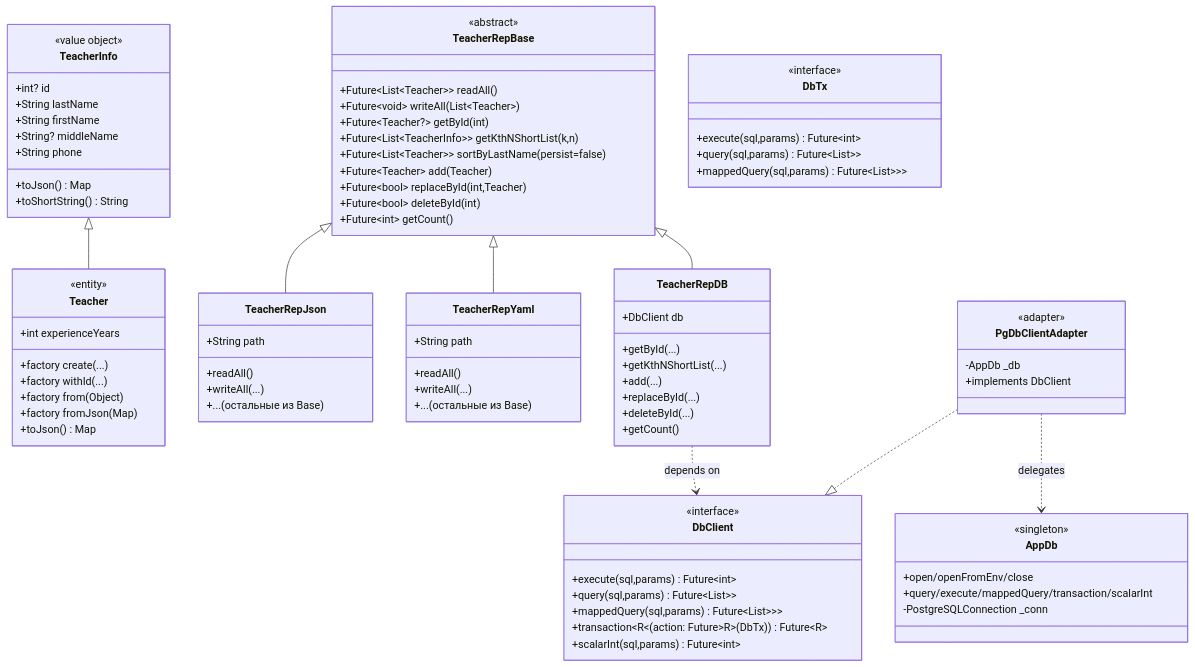
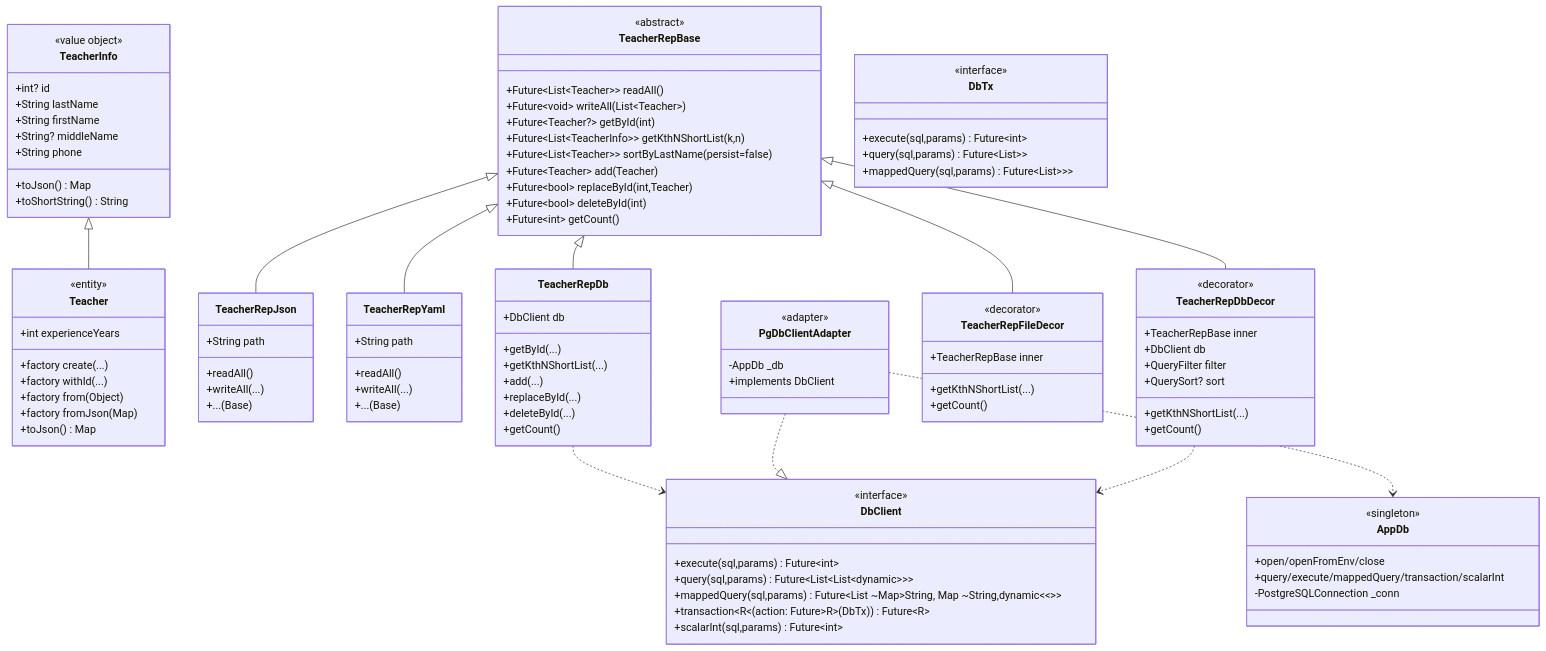
The second of 2 diagrams in docs/class-diagram-2lab.md (ZetMGC/information-systems-design), drawn with Mermaid before and after one commit. The commit also changed 225 other files, not shown here.

````diff
--- a/docs/class-diagram-2lab.md
+++ b/docs/class-diagram-2lab.md
@@ -106,14 +106,14 @@
     +String path
     +readAll()
     +writeAll(...)
-    +... (остальные из Base)
+    +... (Base)
   }
 
   class TeacherRepYaml {
     +String path
     +readAll()
     +writeAll(...)
-    +... (остальные из Base)
+    +... (Base)
   }
 
   TeacherRepBase <|-- TeacherRepJson
@@ -130,8 +130,8 @@
   class DbClient {
     <<interface>>
     +execute(sql,params) Future~int~
-    +query(sql,params) Future~List<List<dynamic>>~
-    +mappedQuery(sql,params) Future~List<Map<String,Map<String,dynamic>>>~
+    +query(sql,params) Future~List~List~dynamic~~~
+    +mappedQuery(sql,params) Future~List ~Map~String, Map ~String,dynamic~~~~
     +transaction~R~(action: Future~R~(DbTx)) Future~R~
     +scalarInt(sql,params) Future~int~
   }
@@ -150,7 +150,7 @@
   }
 
   %% ===== DB REPO =====
-  class TeacherRepDB {
+  class TeacherRepDb {
     +DbClient db
     +getById(...)
     +getKthNShortList(...)
@@ -160,8 +160,29 @@
     +getCount()
   }
 
-  TeacherRepBase <|-- TeacherRepDB
-  TeacherRepDB ..> DbClient : depends on
+  %% ===== DECORATORS =====
+  class TeacherRepFileDecor {
+    <<decorator>>
+    +TeacherRepBase inner
+    +getKthNShortList(...)
+    +getCount()
+  }
+
+  class TeacherRepDbDecor {
+    <<decorator>>
+    +TeacherRepBase inner
+    +DbClient db
+    +QueryFilter filter
+    +QuerySort? sort
+    +getKthNShortList(...)
+    +getCount()
+  }
+
+  TeacherRepBase <|-- TeacherRepDb
+  TeacherRepDb ..> DbClient 
   PgDbClientAdapter ..|> DbClient
-  PgDbClientAdapter ..> AppDb : delegates
+  PgDbClientAdapter ..> AppDb
+  TeacherRepBase <|-- TeacherRepFileDecor
+  TeacherRepBase <|-- TeacherRepDbDecor
+  TeacherRepDbDecor ..> DbClient
 ```
````
